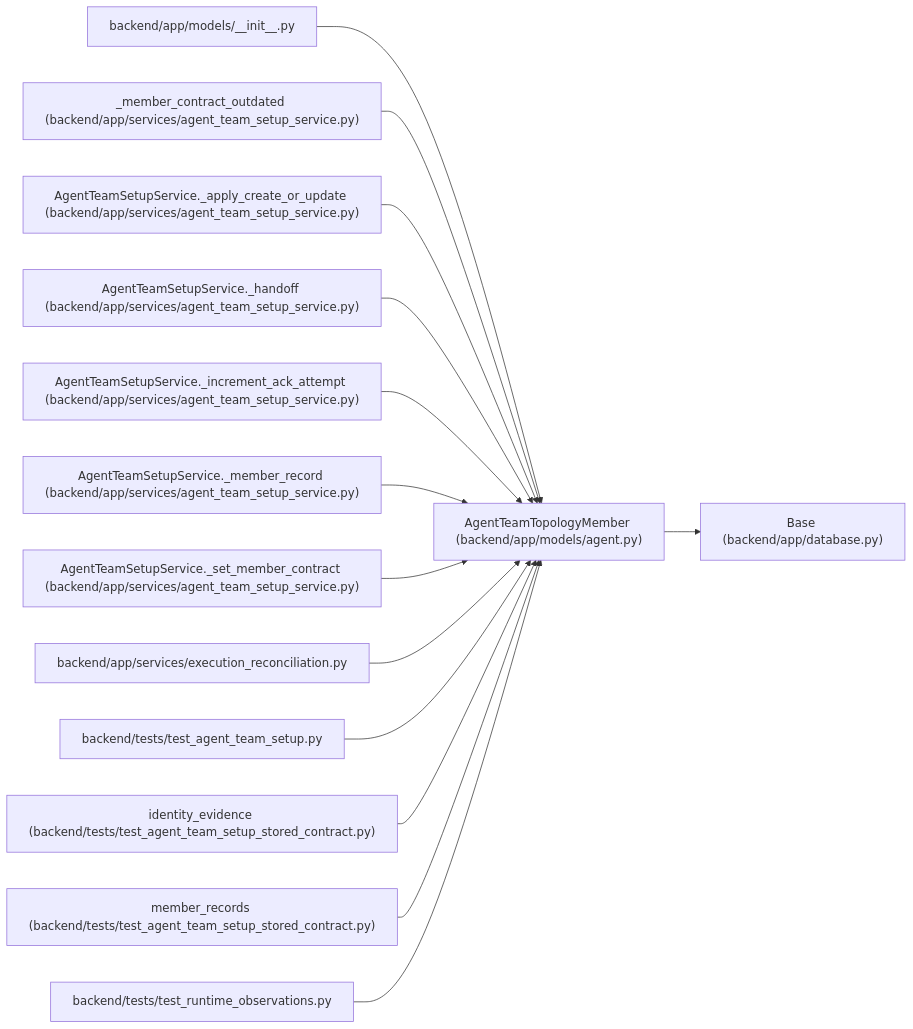
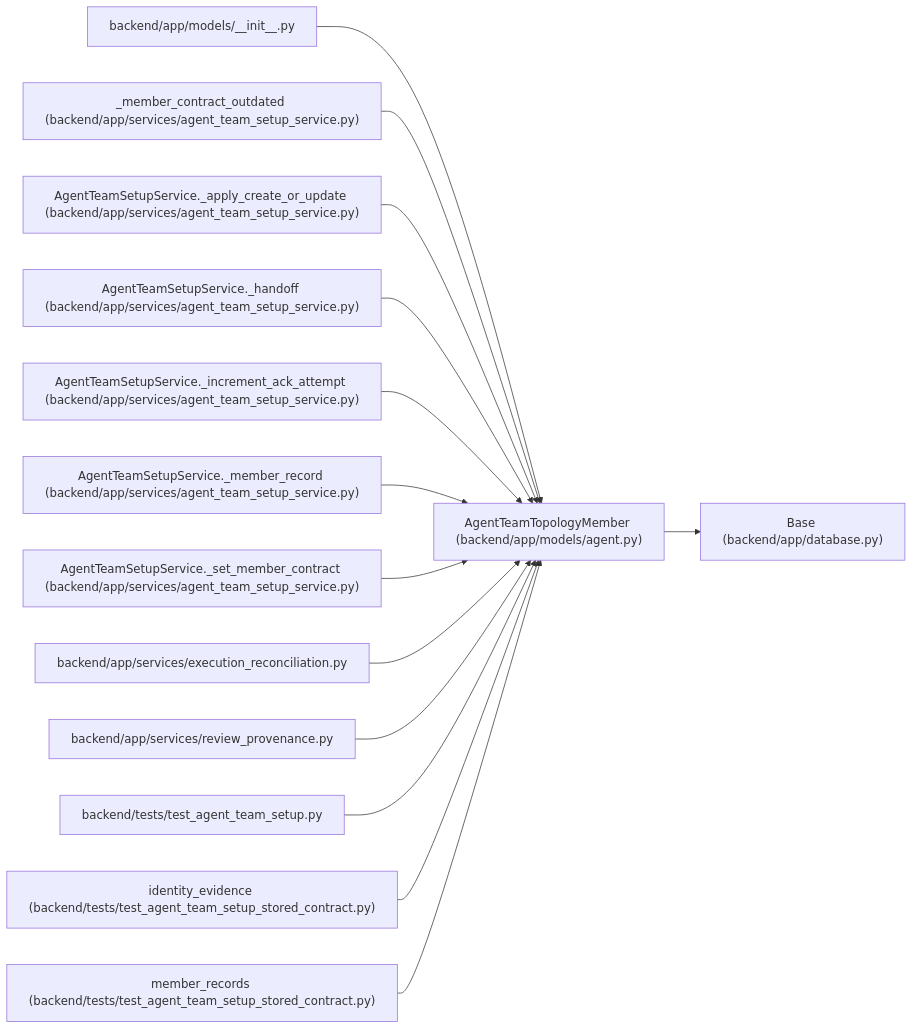
One commit to Denissvgn/WorkChord changed the diagram in docs/llm_wiki/entities/AgentTeamTopologyMember.md. Above: the diagram before and after it, drawn with Mermaid. The commit also changed other lines of this file and 563 other files, not shown here.

````diff
--- a/docs/llm_wiki/entities/AgentTeamTopologyMember.md
+++ b/docs/llm_wiki/entities/AgentTeamTopologyMember.md
@@ -56,44 +56,44 @@
 ```mermaid
 flowchart LR
     n0["AgentTeamTopologyMember (backend/app/models/agent.py)"]
     n1["Base (backend/app/database.py)"]
     n2["backend/app/models/__init__.py"]
     n3["_member_contract_outdated (backend/app/services/agent_team_setup_service.py)"]
     n4["AgentTeamSetupService._apply_create_or_update (backend/app/services/agent_team_setup_service.py)"]
     n5["AgentTeamSetupService._handoff (backend/app/services/agent_team_setup_service.py)"]
     n6["AgentTeamSetupService._increment_ack_attempt (backend/app/services/agent_team_setup_service.py)"]
     n7["AgentTeamSetupService._member_record (backend/app/services/agent_team_setup_service.py)"]
     n8["AgentTeamSetupService._set_member_contract (backend/app/services/agent_team_setup_service.py)"]
     n9["backend/app/services/execution_reconciliation.py"]
-    n10["backend/tests/test_agent_team_setup.py"]
-    n11["identity_evidence (backend/tests/test_agent_team_setup_stored_contract.py)"]
-    n12["member_records (backend/tests/test_agent_team_setup_stored_contract.py)"]
-    n13["backend/tests/test_runtime_observations.py"]
+    n10["backend/app/services/review_provenance.py"]
+    n11["backend/tests/test_agent_team_setup.py"]
+    n12["identity_evidence (backend/tests/test_agent_team_setup_stored_contract.py)"]
+    n13["member_records (backend/tests/test_agent_team_setup_stored_contract.py)"]
     n0 --> n1
     n2 --> n0
     n3 --> n0
     n4 --> n0
     n5 --> n0
     n6 --> n0
     n7 --> n0
     n8 --> n0
     n9 --> n0
     n10 --> n0
     n11 --> n0
     n12 --> n0
     n13 --> n0
     click n0 "../modules/models_agent.md"
     click n1 "../modules/app_database.md"
     click n2 "../modules/models___init__.md"
     click n3 "../modules/agent_team_setup_service.md"
     click n4 "../modules/agent_team_setup_service.md"
     click n5 "../modules/agent_team_setup_service.md"
     click n6 "../modules/agent_team_setup_service.md"
     click n7 "../modules/agent_team_setup_service.md"
     click n8 "../modules/agent_team_setup_service.md"
     click n9 "../modules/execution_reconciliation.md"
-    click n10 "../modules/test_agent_team_setup.md"
-    click n11 "../modules/test_agent_team_setup_stored_contract.md"
+    click n10 "../modules/review_provenance.md"
+    click n11 "../modules/test_agent_team_setup.md"
     click n12 "../modules/test_agent_team_setup_stored_contract.md"
-    click n13 "../modules/test_runtime_observations.md"
+    click n13 "../modules/test_agent_team_setup_stored_contract.md"
 ```
````
